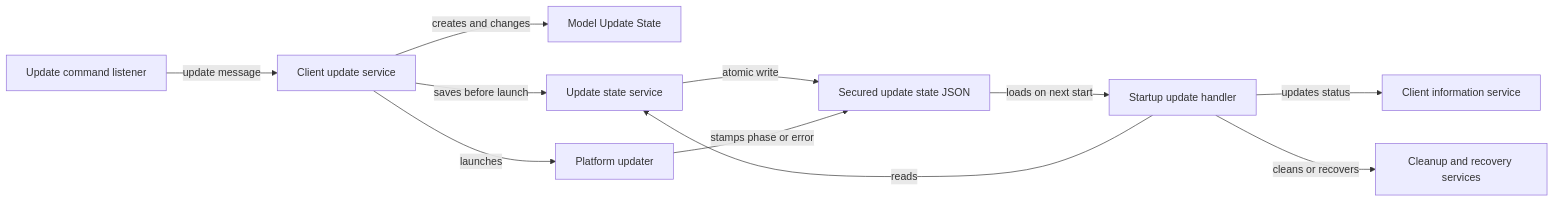
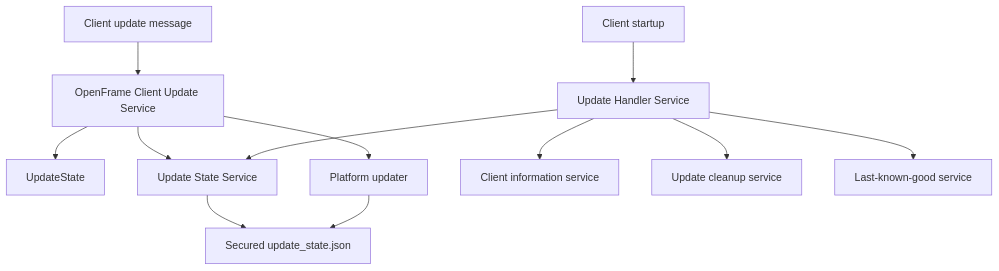
One commit to flamingo-stack/openframe-oss-tenant changed the third of 4 diagrams in docs/reference/architecture/openframe-client-core/model-update-state/model-update-state.md. Above: the diagram before and after it, drawn with Mermaid. The commit also changed other lines of this file and 2377 other files, not shown here.

````diff
--- a/docs/reference/architecture/openframe-client-core/model-update-state/model-update-state.md
+++ b/docs/reference/architecture/openframe-client-core/model-update-state/model-update-state.md
@@ -27,23 +106,14 @@
 ```mermaid
-flowchart LR
-    CommandListener["Update command listener"]
-    UpdateService["Client update service"]
-    StateModel["Model Update State"]
-    StateService["Update state service"]
-    StateFile["Secured update state JSON"]
-    Updater["Platform updater"]
-    StartupHandler["Startup update handler"]
-    ClientInfo["Client information service"]
-    Recovery["Cleanup and recovery services"]
-
-    CommandListener -->|"update message"| UpdateService
-    UpdateService -->|"creates and changes"| StateModel
-    UpdateService -->|"saves before launch"| StateService
-    StateService -->|"atomic write"| StateFile
-    UpdateService -->|"launches"| Updater
-    Updater -->|"stamps phase or error"| StateFile
-    StateFile -->|"loads on next start"| StartupHandler
-    StartupHandler -->|"reads"| StateService
-    StartupHandler -->|"updates status"| ClientInfo
-    StartupHandler -->|"cleans or recovers"| Recovery
+flowchart TD
+    Request["Client update message"] --> UpdateService["OpenFrame Client Update Service"]
+    UpdateService --> State["UpdateState"]
+    UpdateService --> StateService["Update State Service"]
+    StateService --> StateFile["Secured update_state.json"]
+    UpdateService --> Updater["Platform updater"]
+    Updater --> StateFile
+    Startup["Client startup"] --> Handler["Update Handler Service"]
+    Handler --> StateService
+    Handler --> ClientInfo["Client information service"]
+    Handler --> Cleanup["Update cleanup service"]
+    Handler --> KnownGood["Last-known-good service"]
 ```
````
